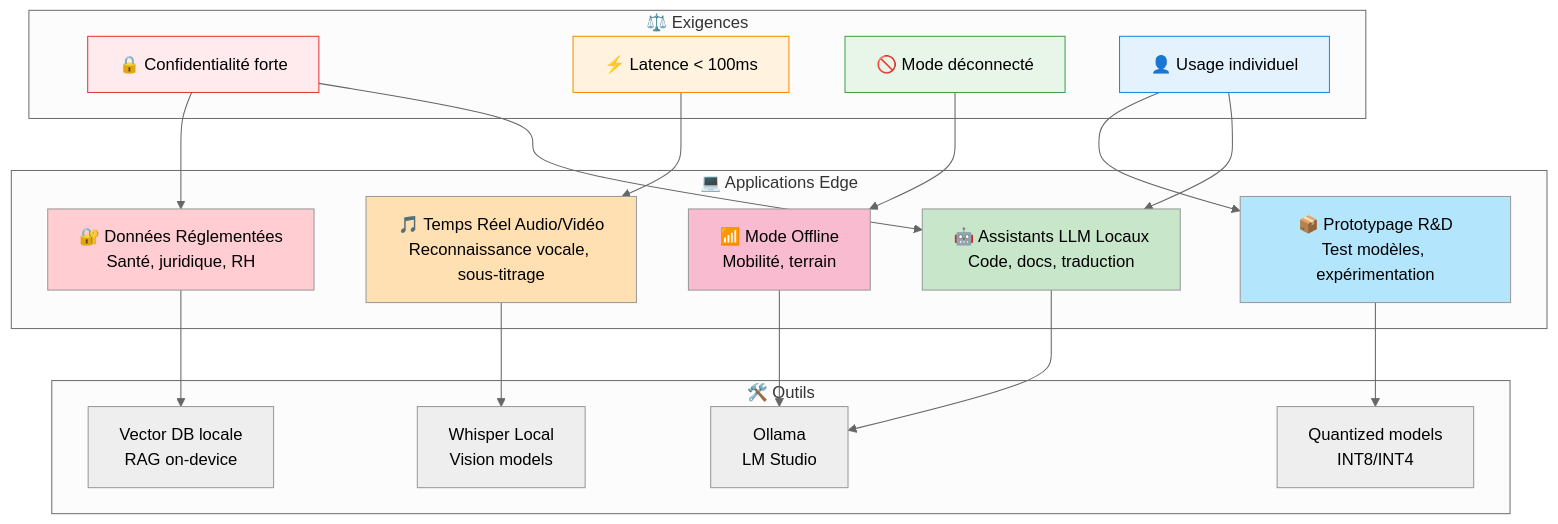
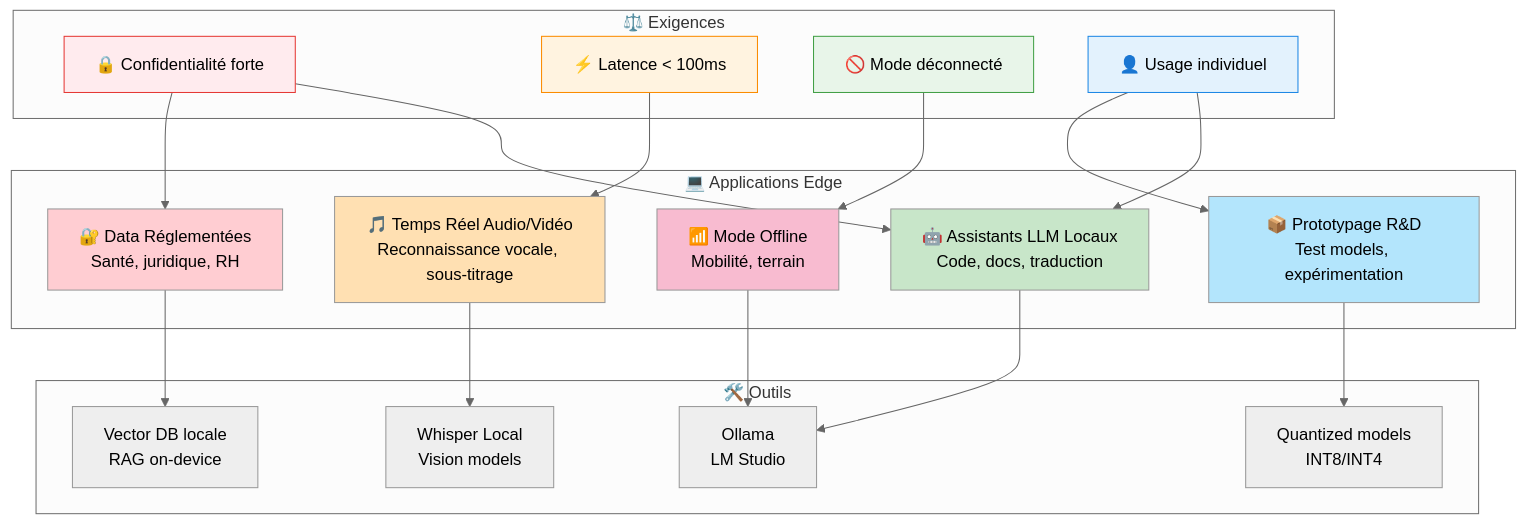
The diagram in docs/use-cases/application-types.md (brunseba/ai-tech-watch), drawn with Mermaid (neutral theme) before and after one commit. The commit also changed other lines of this file and 22 other files, not shown here.

````diff
--- a/docs/use-cases/application-types.md
+++ b/docs/use-cases/application-types.md
@@ -8,47 +8,47 @@
 ```mermaid
 graph TB
     subgraph Requirements["⚖️ Exigences"]
         R1[🔒 Confidentialité forte]
         R2[⚡ Latence < 100ms]
         R3[🚫 Mode déconnecté]
         R4[👤 Usage individuel]
     end
     
     subgraph Apps["💻 Applications Edge"]
         A1[🤖 Assistants LLM Locaux<br/>Code, docs, traduction]
         A2[🎵 Temps Réel Audio/Vidéo<br/>Reconnaissance vocale, sous-titrage]
-        A3[🔐 Données Réglementées<br/>Santé, juridique, RH]
-        A4[📦 Prototypage R&D<br/>Test modèles, expérimentation]
+        A3[🔐 Data Réglementées<br/>Santé, juridique, RH]
+        A4[📦 Prototypage R&D<br/>Test models, expérimentation]
         A5[📶 Mode Offline<br/>Mobilité, terrain]
     end
     
     subgraph Tools["🛠️ Outils"]
         T1[Ollama<br/>LM Studio]
         T2[Whisper Local<br/>Vision models]
         T3[Vector DB locale<br/>RAG on-device]
         T4[Quantized models<br/>INT8/INT4]
     end
     
     R1 --> A1
     R1 --> A3
     R2 --> A2
     R3 --> A5
     R4 --> A1
     R4 --> A4
     
     A1 --> T1
     A2 --> T2
     A3 --> T3
     A4 --> T4
     A5 --> T1
     
     style R1 fill:#ffebee,stroke:#e53935
     style R2 fill:#fff3e0,stroke:#fb8c00
     style R3 fill:#e8f5e9,stroke:#43a047
     style R4 fill:#e3f2fd,stroke:#1e88e5
     style A1 fill:#c8e6c9
     style A2 fill:#ffe0b2
     style A3 fill:#ffcdd2
     style A4 fill:#b3e5fc
     style A5 fill:#f8bbd0
 ```
````
